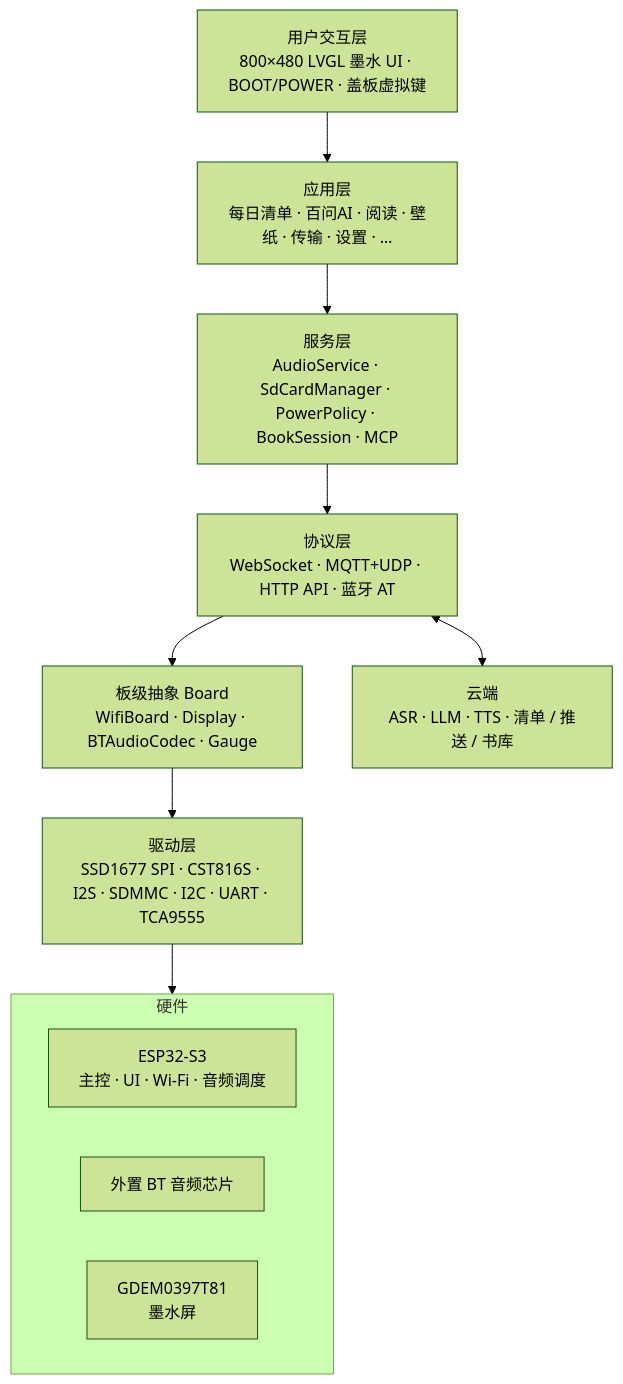
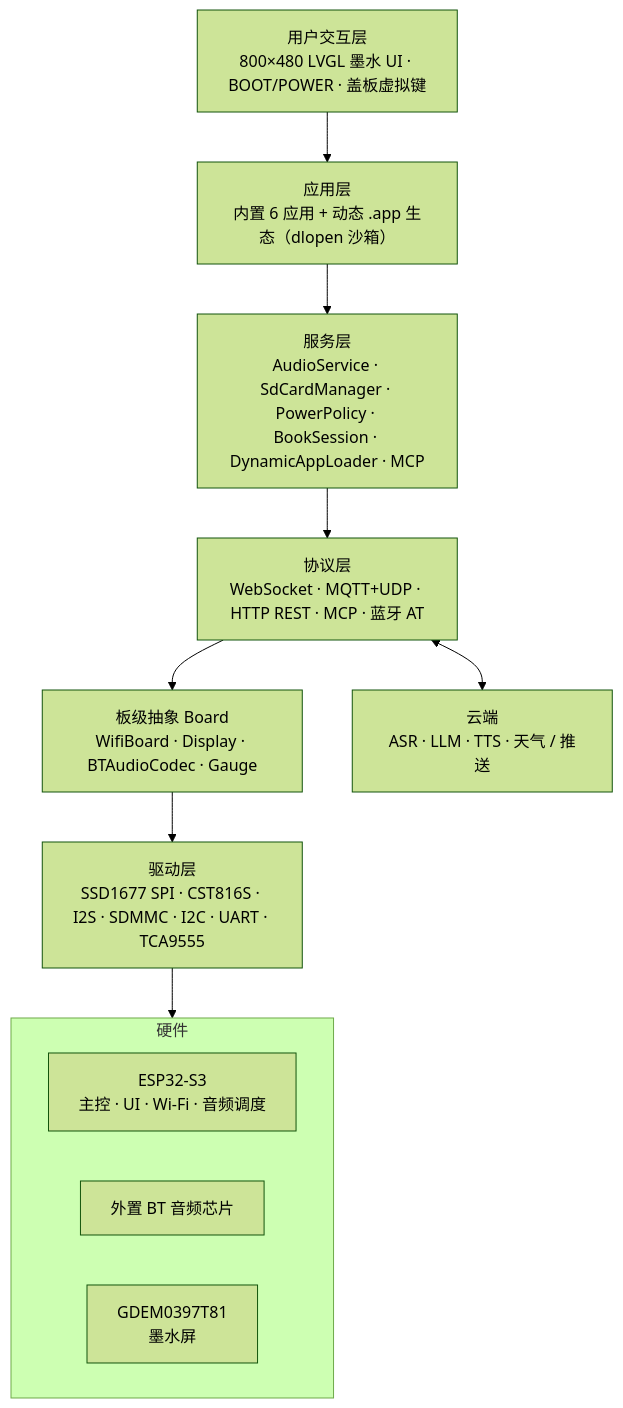
One commit to weibaohui/Metalio-E-INK4 changed the diagram in README_zn.md. Above: the diagram before and after it, drawn with Mermaid (forest theme). The commit also changed other lines of this file and 78 other files, not shown here.

Commit message:
docs: README 重写(应用全景+商店机制) + 38 个应用逐一文档 + 38 张真机截图

````diff
--- a/README_zn.md
+++ b/README_zn.md
@@ -126,21 +206,21 @@
 ```mermaid
 flowchart TB
     ui["用户交互层<br/>800×480 LVGL 墨水 UI · BOOT/POWER · 盖板虚拟键"]
-    apps["应用层<br/>每日清单 · 百问AI · 阅读 · 壁纸 · 传输 · 设置 · …"]
-    svc["服务层<br/>AudioService · SdCardManager · PowerPolicy · BookSession · MCP"]
-    proto["协议层<br/>WebSocket · MQTT+UDP · HTTP API · 蓝牙 AT"]
+    apps["应用层<br/>内置 6 应用 + 动态 .app 生态（dlopen 沙箱）"]
+    svc["服务层<br/>AudioService · SdCardManager · PowerPolicy · BookSession · DynamicAppLoader · MCP"]
+    proto["协议层<br/>WebSocket · MQTT+UDP · HTTP REST · MCP · 蓝牙 AT"]
     board["板级抽象 Board<br/>WifiBoard · Display · BTAudioCodec · Gauge"]
     drv["驱动层<br/>SSD1677 SPI · CST816S · I2S · SDMMC · I2C · UART · TCA9555"]
 
     subgraph hw["硬件"]
         direction LR
         s3["ESP32-S3<br/>主控 · UI · Wi-Fi · 音频调度"]
         bt["外置 BT 音频芯片"]
         epd["GDEM0397T81<br/>墨水屏"]
     end
 
-    cloud["云端<br/>ASR · LLM · TTS · 清单 / 推送 / 书库"]
+    cloud["云端<br/>ASR · LLM · TTS · 天气 / 推送"]
 
     ui --> apps --> svc --> proto --> board --> drv --> hw
     proto <--> cloud
 ```
````
